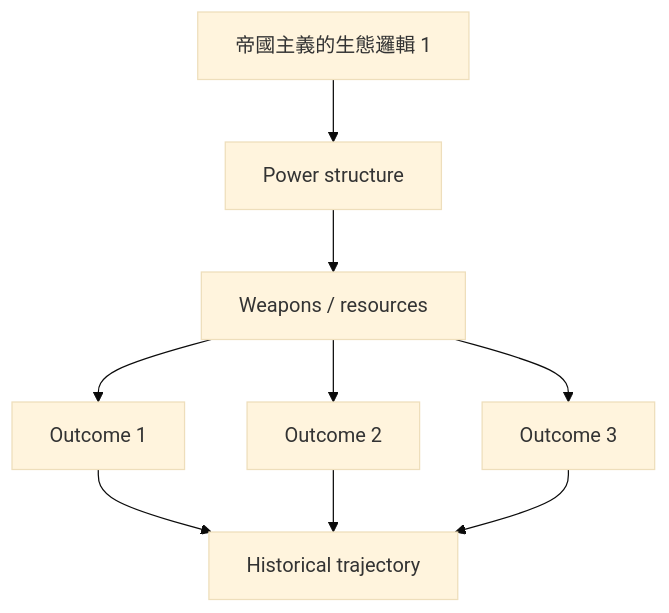
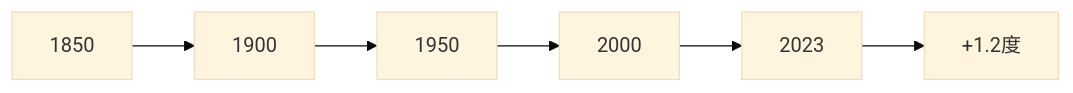
One commit to yip-lgtm/HKU-Harvard-History-Self-Study changed the second of 6 diagrams in 01_HKU_Courses/HIST2215_Global_Environmental_History.md. Above: the diagram before and after it, drawn with Mermaid (base theme). The commit also changed other lines of this file and 48 other files, not shown here.

````diff
--- a/01_HKU_Courses/HIST2215_Global_Environmental_History.md
+++ b/01_HKU_Courses/HIST2215_Global_Environmental_History.md
@@ -185,11 +106,8 @@
 ```mermaid
-graph TD
-    A[帝國主義的生態邏輯 1] --> B[Power structure]
-    B --> C[Weapons / resources]
-    C --> D[Outcome 1]
-    C --> E[Outcome 2]
-    C --> F[Outcome 3]
-    D --> G[Historical trajectory]
-    E --> G
-    F --> G
+graph LR
+    A[1850] --> B[1900]
+    B --> C[1950]
+    C --> D[2000]
+    D --> E[2023]
+    E --> F[+1.2度]
 ```
````
